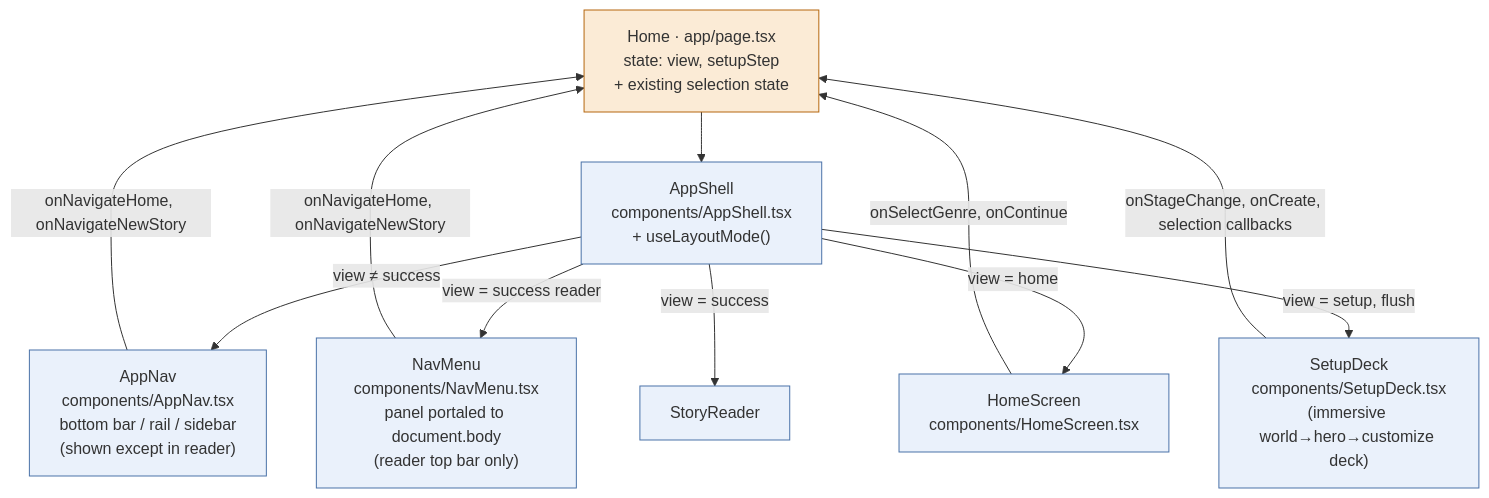
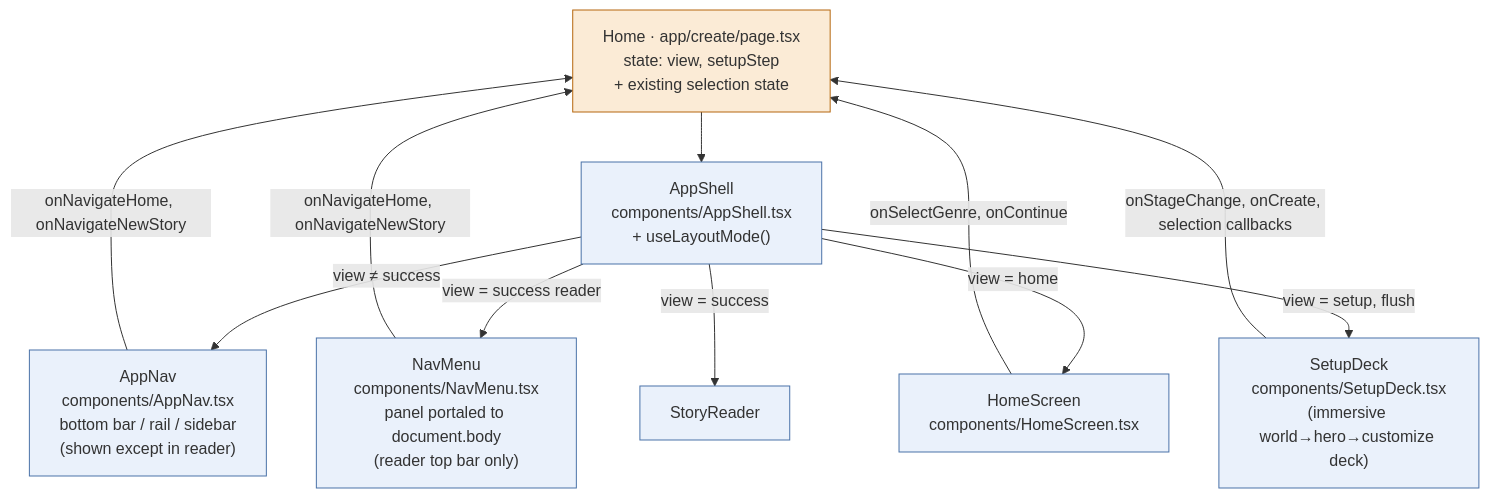
Before and after one commit to aio-studios/children-story-app: the sixth of 8 diagrams in docs/architecture.md, drawn with Mermaid. The commit also changed other lines of this file and 48 other files, not shown here.

First line of the commit message:
feat: landing page at /, app moves to /create (#97) (#100)

````diff
--- a/docs/architecture.md
+++ b/docs/architecture.md
@@ -291,26 +316,26 @@
 ```mermaid
 graph TD
-  Page["Home · app/page.tsx<br/>state: view, setupStep<br/>+ existing selection state"]
+  Page["Home · app/create/page.tsx<br/>state: view, setupStep<br/>+ existing selection state"]
   Shell["AppShell<br/>components/AppShell.tsx<br/>+ useLayoutMode()"]
   AppNav["AppNav<br/>components/AppNav.tsx<br/>bottom bar / rail / sidebar<br/>(shown except in reader)"]
   Nav["NavMenu<br/>components/NavMenu.tsx<br/>panel portaled to document.body<br/>(reader top bar only)"]
   HS["HomeScreen<br/>components/HomeScreen.tsx"]
   Deck["SetupDeck<br/>components/SetupDeck.tsx<br/>(immersive world→hero→customize deck)"]
   SR["StoryReader"]
 
   Page --> Shell
   Shell -->|view ≠ success| AppNav
   Shell -->|view = success reader| Nav
   Shell -->|view = home| HS
   Shell -->|view = setup, flush| Deck
   Shell -->|view = success| SR
   HS -->|onSelectGenre, onContinue| Page
   Deck -->|onStageChange, onCreate, selection callbacks| Page
   AppNav -->|onNavigateHome, onNavigateNewStory| Page
   Nav -->|onNavigateHome, onNavigateNewStory| Page
 
   classDef stateful fill:#FBEBD6,stroke:#B5670E;
   classDef plain fill:#EAF1FB,stroke:#4A72A8;
   class Page stateful;
   class Shell,AppNav,Nav,HS,Deck,SR plain;
 ```
````
